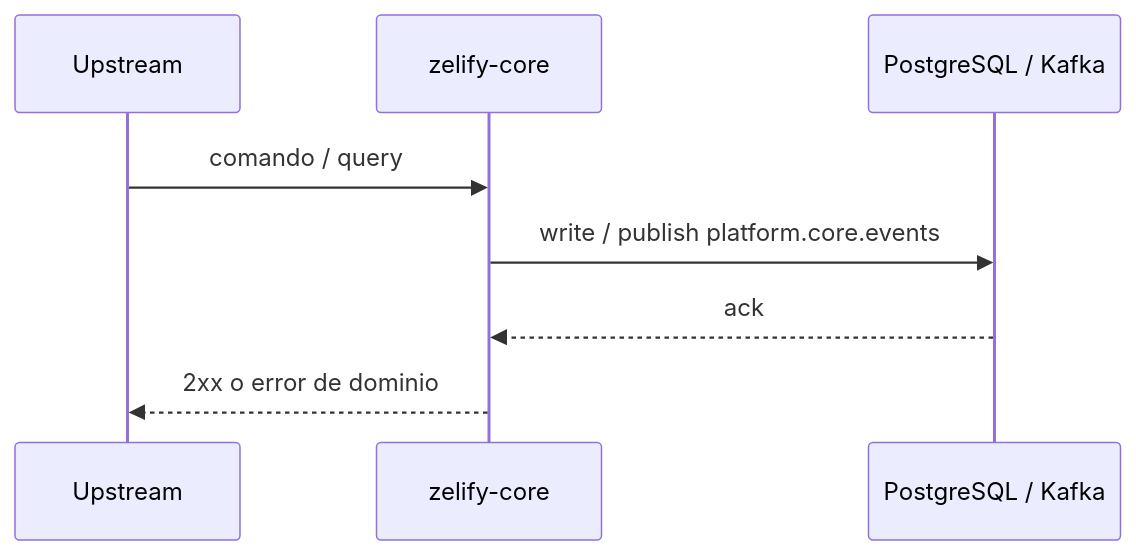
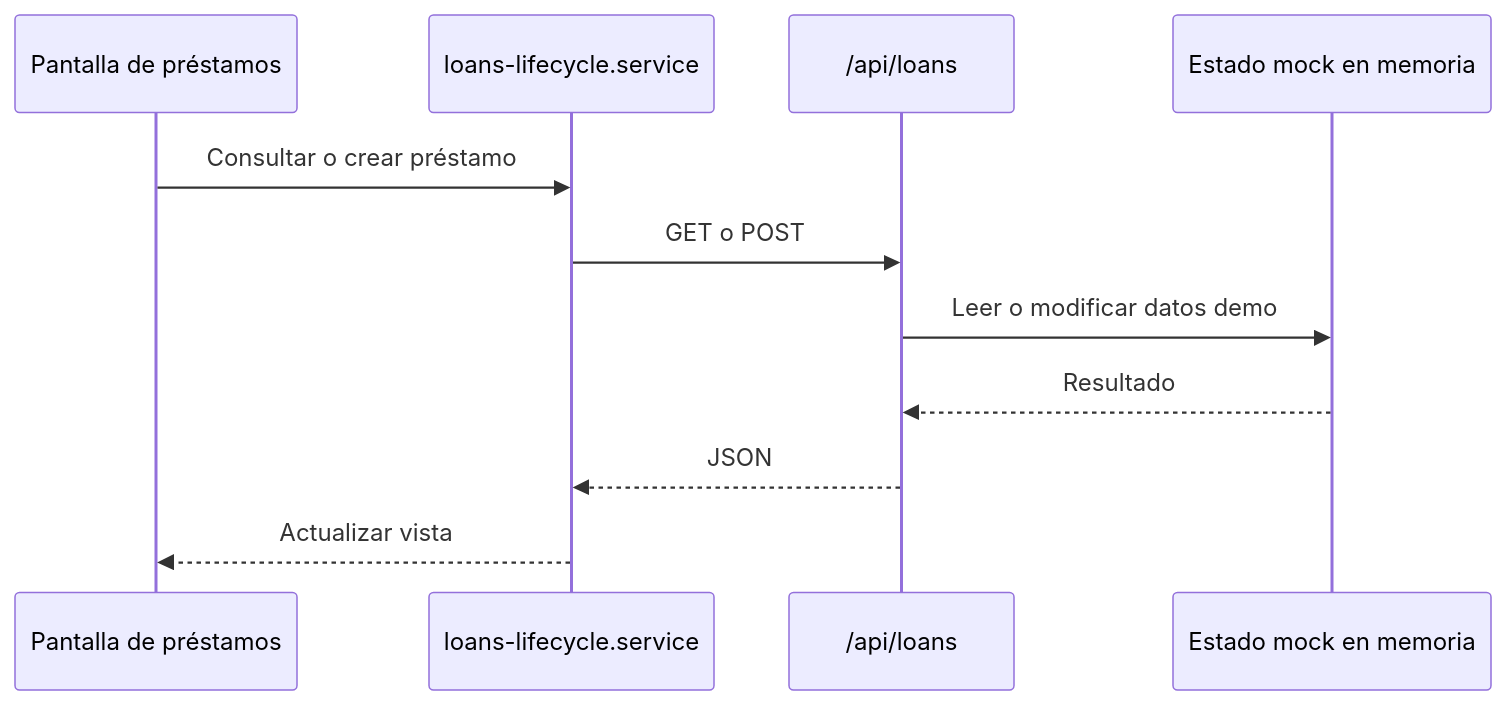
One commit to zelify-dev/investark-mdc-dashboard changed the fifth of 5 diagrams in README.md. Above: the diagram before and after it, drawn with Mermaid. The commit also changed other lines of this file, not shown here.

````diff
--- a/README.md
+++ b/README.md
@@ -38,10 +114,13 @@
 ```mermaid
 sequenceDiagram
-  participant Caller as Upstream
-  participant S as zelify-core
-  participant Store as PostgreSQL / Kafka
-  Caller->>S: comando / query
-  S->>Store: write / publish platform.core.events
-  Store-->>S: ack
-  S-->>Caller: 2xx o error de dominio
+  participant Pantalla as Pantalla de préstamos
+  participant Servicio as loans-lifecycle.service
+  participant Ruta as /api/loans
+  participant Estado as Estado mock en memoria
+  Pantalla->>Servicio: Consultar o crear préstamo
+  Servicio->>Ruta: GET o POST
+  Ruta->>Estado: Leer o modificar datos demo
+  Estado-->>Ruta: Resultado
+  Ruta-->>Servicio: JSON
+  Servicio-->>Pantalla: Actualizar vista
 ```
````
